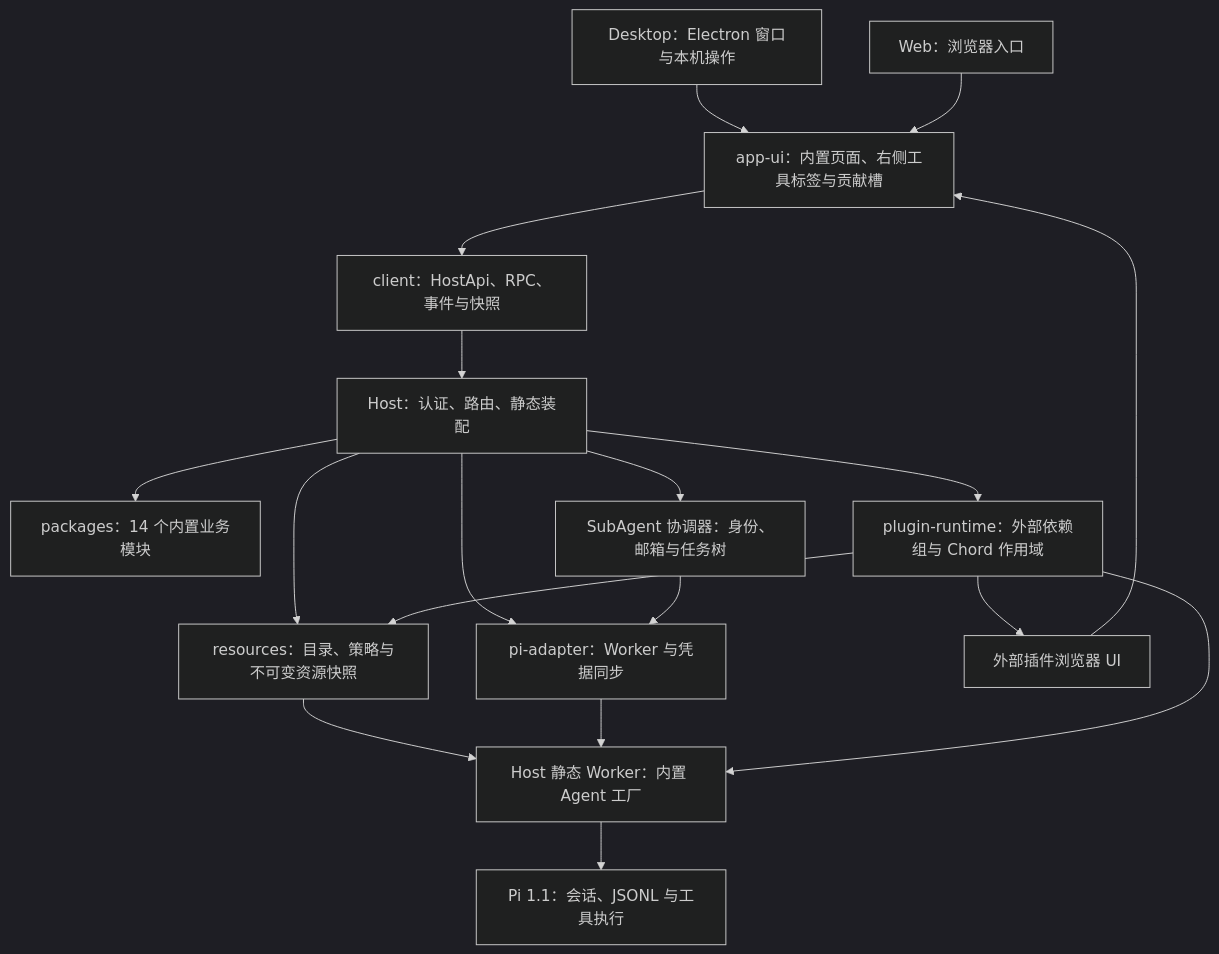
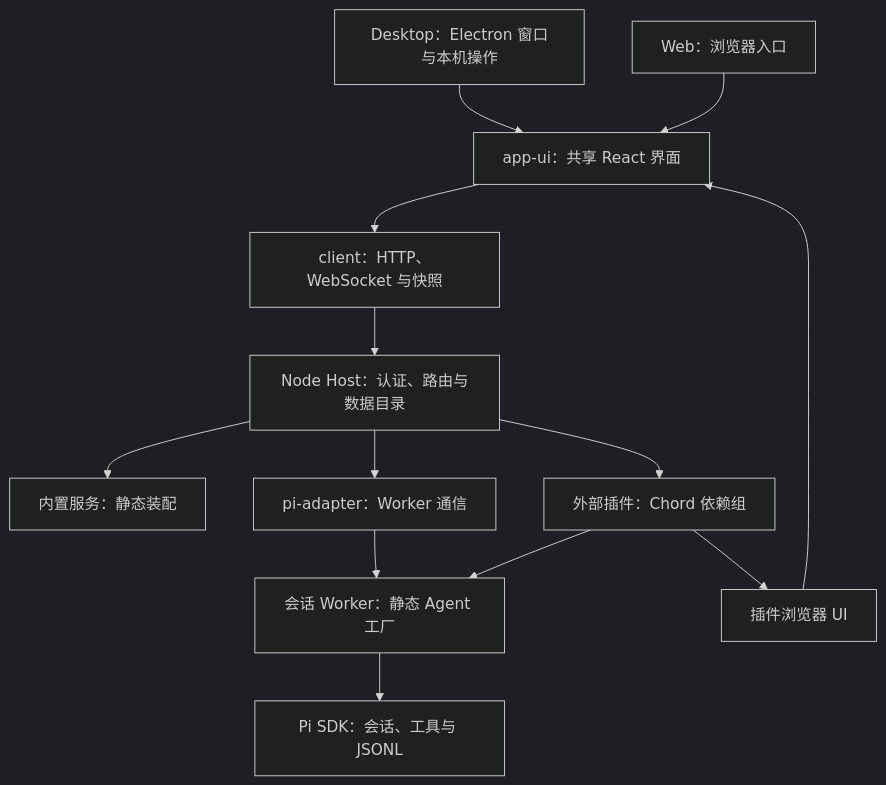
The diagram in docs/architecture.md (xidongdong-153/Pi-meme), drawn with Mermaid before and after one commit. The commit also changed other lines of this file and 13 other files, not shown here.

````diff
--- a/docs/architecture.md
+++ b/docs/architecture.md
@@ -7,21 +32,16 @@
 ```mermaid
 %%{init: {"theme": "dark"}}%%
 flowchart TD
-  Desktop["Desktop：Electron 窗口与本机操作"] --> App["app-ui：内置页面、右侧工具标签与贡献槽"]
+  Desktop["Desktop：Electron 窗口与本机操作"] --> App["app-ui：共享 React 界面"]
   Web["Web：浏览器入口"] --> App
-  App --> Client["client：HostApi、RPC、事件与快照"]
-  Client --> Host["Host：认证、路由、静态装配"]
-  Host --> Builtins["packages：14 个内置业务模块"]
-  Host --> Plugins["plugin-runtime：外部依赖组与 Chord 作用域"]
-  Host --> Resources["resources：目录、策略与不可变资源快照"]
-  Plugins --> Resources
-  Resources --> Worker
-  Host --> Coordinator["SubAgent 协调器：身份、邮箱与任务树"]
-  Host --> Adapter["pi-adapter：Worker 与凭据同步"]
-  Coordinator --> Adapter
-  Adapter --> Worker["Host 静态 Worker：内置 Agent 工厂"]
+  App --> Client["client：HTTP、WebSocket 与快照"]
+  Client --> Host["Node Host：认证、路由与数据目录"]
+  Host --> Builtins["内置服务：静态装配"]
+  Host --> Plugins["外部插件：Chord 依赖组"]
+  Host --> Adapter["pi-adapter：Worker 通信"]
+  Adapter --> Worker["会话 Worker：静态 Agent 工厂"]
+  Worker --> Pi["Pi SDK：会话、工具与 JSONL"]
   Plugins --> Worker
-  Worker --> Pi["Pi 1.1：会话、JSONL 与工具执行"]
-  Plugins --> Slots["外部插件浏览器 UI"]
-  Slots --> App
+  Plugins --> UiPlugins["插件浏览器 UI"]
+  UiPlugins --> App
 ```
````
